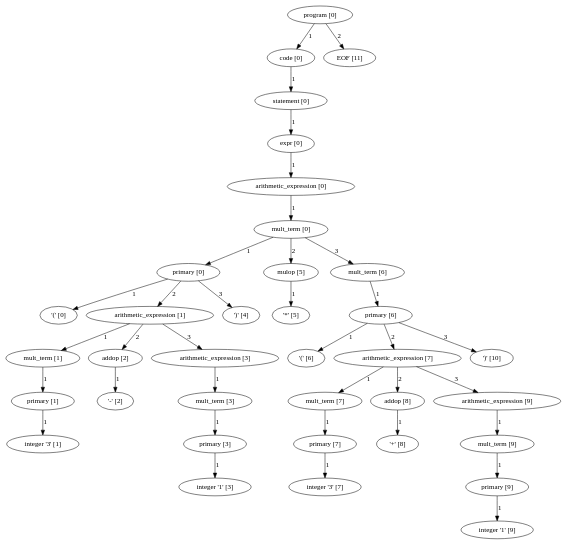
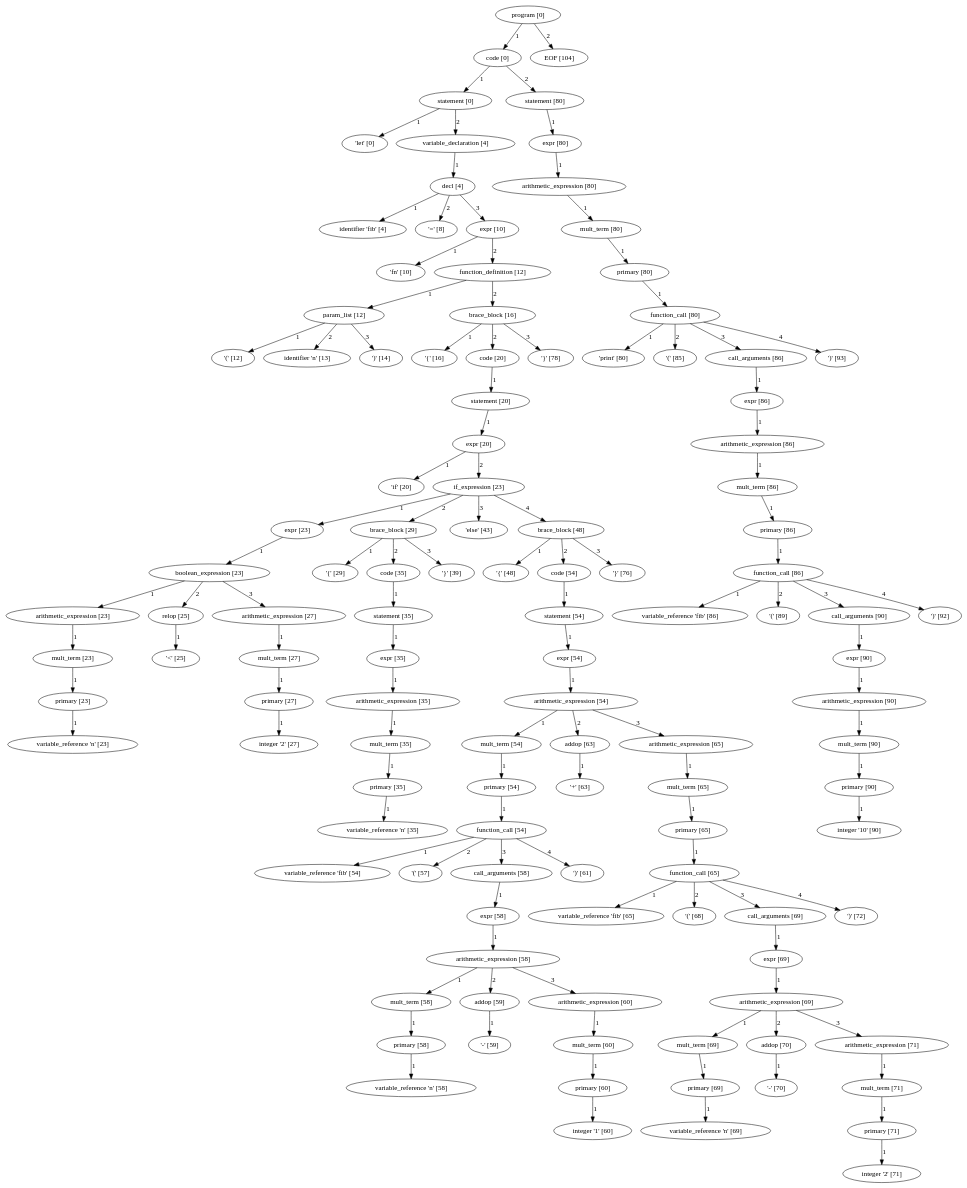
The diagram in PT.dot (pragdave/cs3342_smurf), drawn with Graphviz before and after one commit. The commit also changed 8 other files, not shown here.

```diff
--- a/PT.dot
+++ b/PT.dot
@@ -1,108 +1,351 @@
 digraph arpeggio_graph {
-53635688 [label="program [0]"];
-53635688->53635752 [label="1"]
+61056744 [label="program [0]"];
+61056744->61056680 [label="1"]
 
-53635752 [label="code [0]"];
-53635752->54675560 [label="1"]
+61056680 [label="code [0]"];
+61056680->56760616 [label="1"]
 
-54675560 [label="statement [0]"];
-54675560->54675496 [label="1"]
+56760616 [label="statement [0]"];
+56760616->56362176 [label="1"]
 
-54675496 [label="expr [0]"];
-54675496->54675432 [label="1"]
+56362176 [label=" 'let' [0]"];
+56760616->56761832 [label="2"]
 
-54675432 [label="arithmetic_expression [0]"];
-54675432->54675368 [label="1"]
+56761832 [label="variable_declaration [4]"];
+56761832->56761896 [label="1"]
 
-54675368 [label="mult_term [0]"];
-54675368->54673512 [label="1"]
+56761896 [label="decl [4]"];
+56761896->56708312 [label="1"]
 
-54673512 [label="primary [0]"];
-54673512->54475880 [label="1"]
+56708312 [label="identifier 'fib' [4]"];
+56761896->56708368 [label="2"]
 
-54475880 [label=" '(' [0]"];
-54673512->54673448 [label="2"]
+56708368 [label=" '=' [8]"];
+56761896->56761960 [label="3"]
 
-54673448 [label="arithmetic_expression [1]"];
-54673448->54488488 [label="1"]
+56761960 [label="expr [10]"];
+56761960->56708424 [label="1"]
 
-54488488 [label="mult_term [1]"];
-54488488->54488424 [label="1"]
+56708424 [label=" 'fn' [10]"];
+56761960->56762024 [label="2"]
 
-54488424 [label="primary [1]"];
-54488424->54476104 [label="1"]
+56762024 [label="function_definition [12]"];
+56762024->56451688 [label="1"]
 
-54476104 [label="integer '3' [1]"];
-54673448->54488552 [label="2"]
+56451688 [label="param_list [12]"];
+56451688->56708480 [label="1"]
 
-54488552 [label="addop [2]"];
-54488552->54476160 [label="1"]
+56708480 [label=" '(' [12]"];
+56451688->56708592 [label="2"]
 
-54476160 [label=" '-' [2]"];
-54673448->54489000 [label="3"]
+56708592 [label="identifier 'n' [13]"];
+56451688->56708648 [label="3"]
 
-54489000 [label="arithmetic_expression [3]"];
-54489000->54488936 [label="1"]
+56708648 [label=" ')' [14]"];
+56762024->56762088 [label="2"]
 
-54488936 [label="mult_term [3]"];
-54488936->54488872 [label="1"]
+56762088 [label="brace_block [16]"];
+56762088->56708704 [label="1"]
 
-54488872 [label="primary [3]"];
-54488872->54476608 [label="1"]
+56708704 [label=" '{' [16]"];
+56762088->56762152 [label="2"]
 
-54476608 [label="integer '1' [3]"];
-54673512->54476664 [label="3"]
+56762152 [label="code [20]"];
+56762152->57839272 [label="1"]
 
-54476664 [label=" ')' [4]"];
-54675368->54673576 [label="2"]
+57839272 [label="statement [20]"];
+57839272->57839208 [label="1"]
 
-54673576 [label="mulop [5]"];
-54673576->54476720 [label="1"]
+57839208 [label="expr [20]"];
+57839208->56708872 [label="1"]
 
-54476720 [label=" '*' [5]"];
-54675368->54675304 [label="3"]
+56708872 [label=" 'if' [20]"];
+57839208->57839144 [label="2"]
 
-54675304 [label="mult_term [6]"];
-54675304->54675240 [label="1"]
+57839144 [label="if_expression [23]"];
+57839144->56759400 [label="1"]
 
-54675240 [label="primary [6]"];
-54675240->54682480 [label="1"]
+56759400 [label="expr [23]"];
+56759400->56759336 [label="1"]
 
-54682480 [label=" '(' [6]"];
-54675240->54675176 [label="2"]
+56759336 [label="boolean_expression [23]"];
+56759336->56759016 [label="1"]
 
-54675176 [label="arithmetic_expression [7]"];
-54675176->54674600 [label="1"]
+56759016 [label="arithmetic_expression [23]"];
+56759016->56758952 [label="1"]
 
-54674600 [label="mult_term [7]"];
-54674600->54674536 [label="1"]
+56758952 [label="mult_term [23]"];
+56758952->56758888 [label="1"]
 
-54674536 [label="primary [7]"];
-54674536->54682704 [label="1"]
+56758888 [label="primary [23]"];
+56758888->56881752 [label="1"]
 
-54682704 [label="integer '3' [7]"];
-54675176->54674664 [label="2"]
+56881752 [label="variable_reference 'n' [23]"];
+56759336->56759080 [label="2"]
 
-54674664 [label="addop [8]"];
-54674664->54682760 [label="1"]
+56759080 [label="relop [25]"];
+56759080->56881808 [label="1"]
 
-54682760 [label=" '+' [8]"];
-54675176->54675112 [label="3"]
+56881808 [label=" '<' [25]"];
+56759336->56759272 [label="3"]
 
-54675112 [label="arithmetic_expression [9]"];
-54675112->54675048 [label="1"]
+56759272 [label="arithmetic_expression [27]"];
+56759272->56759208 [label="1"]
 
-54675048 [label="mult_term [9]"];
-54675048->54674984 [label="1"]
+56759208 [label="mult_term [27]"];
+56759208->56758824 [label="1"]
 
-54674984 [label="primary [9]"];
-54674984->54683208 [label="1"]
+56758824 [label="primary [27]"];
+56758824->56881304 [label="1"]
 
-54683208 [label="integer '1' [9]"];
-54675240->54683264 [label="3"]
+56881304 [label="integer '2' [27]"];
+57839144->56760296 [label="2"]
 
-54683264 [label=" ')' [10]"];
-53635688->53650848 [label="2"]
+56760296 [label="brace_block [29]"];
+56760296->56881248 [label="1"]
 
-53650848 [label="EOF [11]"];
+56881248 [label=" '{' [29]"];
+56760296->56760232 [label="2"]
+
+56760232 [label="code [35]"];
+56760232->56760168 [label="1"]
+
+56760168 [label="statement [35]"];
+56760168->56760104 [label="1"]
+
+56760104 [label="expr [35]"];
+56760104->56760040 [label="1"]
+
+56760040 [label="arithmetic_expression [35]"];
+56760040->56759976 [label="1"]
+
+56759976 [label="mult_term [35]"];
+56759976->56759912 [label="1"]
+
+56759912 [label="primary [35]"];
+56759912->56883096 [label="1"]
+
+56883096 [label="variable_reference 'n' [35]"];
+56760296->56883152 [label="3"]
+
+56883152 [label=" '}' [39]"];
+57839144->56883208 [label="3"]
+
+56883208 [label=" 'else' [43]"];
+57839144->57839080 [label="4"]
+
+57839080 [label="brace_block [48]"];
+57839080->56883264 [label="1"]
+
+56883264 [label=" '{' [48]"];
+57839080->57839016 [label="2"]
+
+57839016 [label="code [54]"];
+57839016->57838952 [label="1"]
+
+57838952 [label="statement [54]"];
+57838952->57838888 [label="1"]
+
+57838888 [label="expr [54]"];
+57838888->57838824 [label="1"]
+
+57838824 [label="arithmetic_expression [54]"];
+57838824->57516072 [label="1"]
+
+57516072 [label="mult_term [54]"];
+57516072->57253800 [label="1"]
+
+57253800 [label="primary [54]"];
+57253800->57253736 [label="1"]
+
+57253736 [label="function_call [54]"];
+57253736->57300888 [label="1"]
+
+57300888 [label="variable_reference 'fib' [54]"];
+57253736->57300944 [label="2"]
+
+57300944 [label=" '(' [57]"];
+57253736->57253672 [label="3"]
+
+57253672 [label="call_arguments [58]"];
+57253672->57253608 [label="1"]
+
+57253608 [label="expr [58]"];
+57253608->57253544 [label="1"]
+
+57253544 [label="arithmetic_expression [58]"];
+57253544->57252968 [label="1"]
+
+57252968 [label="mult_term [58]"];
+57252968->57252904 [label="1"]
+
+57252904 [label="primary [58]"];
+57252904->57302344 [label="1"]
+
+57302344 [label="variable_reference 'n' [58]"];
+57253544->57253032 [label="2"]
+
+57253032 [label="addop [59]"];
+57253032->57302400 [label="1"]
+
+57302400 [label=" '-' [59]"];
+57253544->57253480 [label="3"]
+
+57253480 [label="arithmetic_expression [60]"];
+57253480->57253416 [label="1"]
+
+57253416 [label="mult_term [60]"];
+57253416->57253352 [label="1"]
+
+57253352 [label="primary [60]"];
+57253352->57302848 [label="1"]
+
+57302848 [label="integer '1' [60]"];
+57253736->57302904 [label="4"]
+
+57302904 [label=" ')' [61]"];
+57838824->57516136 [label="2"]
+
+57516136 [label="addop [63]"];
+57516136->57302960 [label="1"]
+
+57302960 [label=" '+' [63]"];
+57838824->57838760 [label="3"]
+
+57838760 [label="arithmetic_expression [65]"];
+57838760->57838696 [label="1"]
+
+57838696 [label="mult_term [65]"];
+57838696->57838632 [label="1"]
+
+57838632 [label="primary [65]"];
+57838632->57838568 [label="1"]
+
+57838568 [label="function_call [65]"];
+57838568->57780400 [label="1"]
+
+57780400 [label="variable_reference 'fib' [65]"];
+57838568->57780456 [label="2"]
+
+57780456 [label=" '(' [68]"];
+57838568->57838504 [label="3"]
+
+57838504 [label="call_arguments [69]"];
+57838504->57838440 [label="1"]
+
+57838440 [label="expr [69]"];
+57838440->57838376 [label="1"]
+
+57838376 [label="arithmetic_expression [69]"];
+57838376->57837800 [label="1"]
+
+57837800 [label="mult_term [69]"];
+57837800->57837736 [label="1"]
+
+57837736 [label="primary [69]"];
+57837736->57781856 [label="1"]
+
+57781856 [label="variable_reference 'n' [69]"];
+57838376->57837864 [label="2"]
+
+57837864 [label="addop [70]"];
+57837864->57781912 [label="1"]
+
+57781912 [label=" '-' [70]"];
+57838376->57838312 [label="3"]
+
+57838312 [label="arithmetic_expression [71]"];
+57838312->57838248 [label="1"]
+
+57838248 [label="mult_term [71]"];
+57838248->57838184 [label="1"]
+
+57838184 [label="primary [71]"];
+57838184->58015896 [label="1"]
+
+58015896 [label="integer '2' [71]"];
+57838568->58015952 [label="4"]
+
+58015952 [label=" ')' [72]"];
+57839080->58016008 [label="3"]
+
+58016008 [label=" '}' [76]"];
+56762088->56708816 [label="3"]
+
+56708816 [label=" '}' [78]"];
+61056680->61056616 [label="2"]
+
+61056616 [label="statement [80]"];
+61056616->61056552 [label="1"]
+
+61056552 [label="expr [80]"];
+61056552->61056488 [label="1"]
+
+61056488 [label="arithmetic_expression [80]"];
+61056488->61056424 [label="1"]
+
+61056424 [label="mult_term [80]"];
+61056424->61056360 [label="1"]
+
+61056360 [label="primary [80]"];
+61056360->61056296 [label="1"]
+
+61056296 [label="function_call [80]"];
+61056296->60481800 [label="1"]
+
+60481800 [label=" 'print' [80]"];
+61056296->60481856 [label="2"]
+
+60481856 [label=" '(' [85]"];
+61056296->61056232 [label="3"]
+
+61056232 [label="call_arguments [86]"];
+61056232->61056168 [label="1"]
+
+61056168 [label="expr [86]"];
+61056168->61056104 [label="1"]
+
+61056104 [label="arithmetic_expression [86]"];
+61056104->61056040 [label="1"]
+
+61056040 [label="mult_term [86]"];
+61056040->61055976 [label="1"]
+
+61055976 [label="primary [86]"];
+61055976->61055912 [label="1"]
+
+61055912 [label="function_call [86]"];
+61055912->61014224 [label="1"]
+
+61014224 [label="variable_reference 'fib' [86]"];
+61055912->61014280 [label="2"]
+
+61014280 [label=" '(' [89]"];
+61055912->61055848 [label="3"]
+
+61055848 [label="call_arguments [90]"];
+61055848->61055784 [label="1"]
+
+61055784 [label="expr [90]"];
+61055784->61055720 [label="1"]
+
+61055720 [label="arithmetic_expression [90]"];
+61055720->61055656 [label="1"]
+
+61055656 [label="mult_term [90]"];
+61055656->61055592 [label="1"]
+
+61055592 [label="primary [90]"];
+61055592->61015176 [label="1"]
+
+61015176 [label="integer '10' [90]"];
+61055912->61015232 [label="4"]
+
+61015232 [label=" ')' [92]"];
+61056296->61015288 [label="4"]
+
+61015288 [label=" ')' [93]"];
+61056744->61015344 [label="2"]
+
+61015344 [label="EOF [104]"];
 }
```
